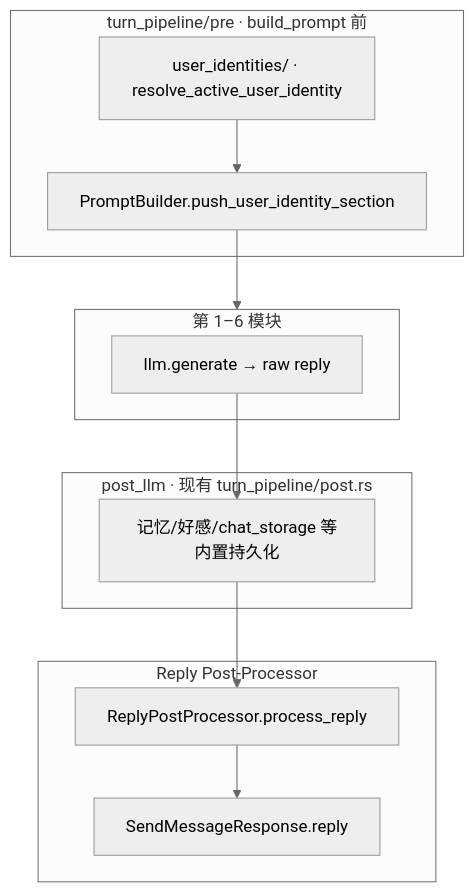
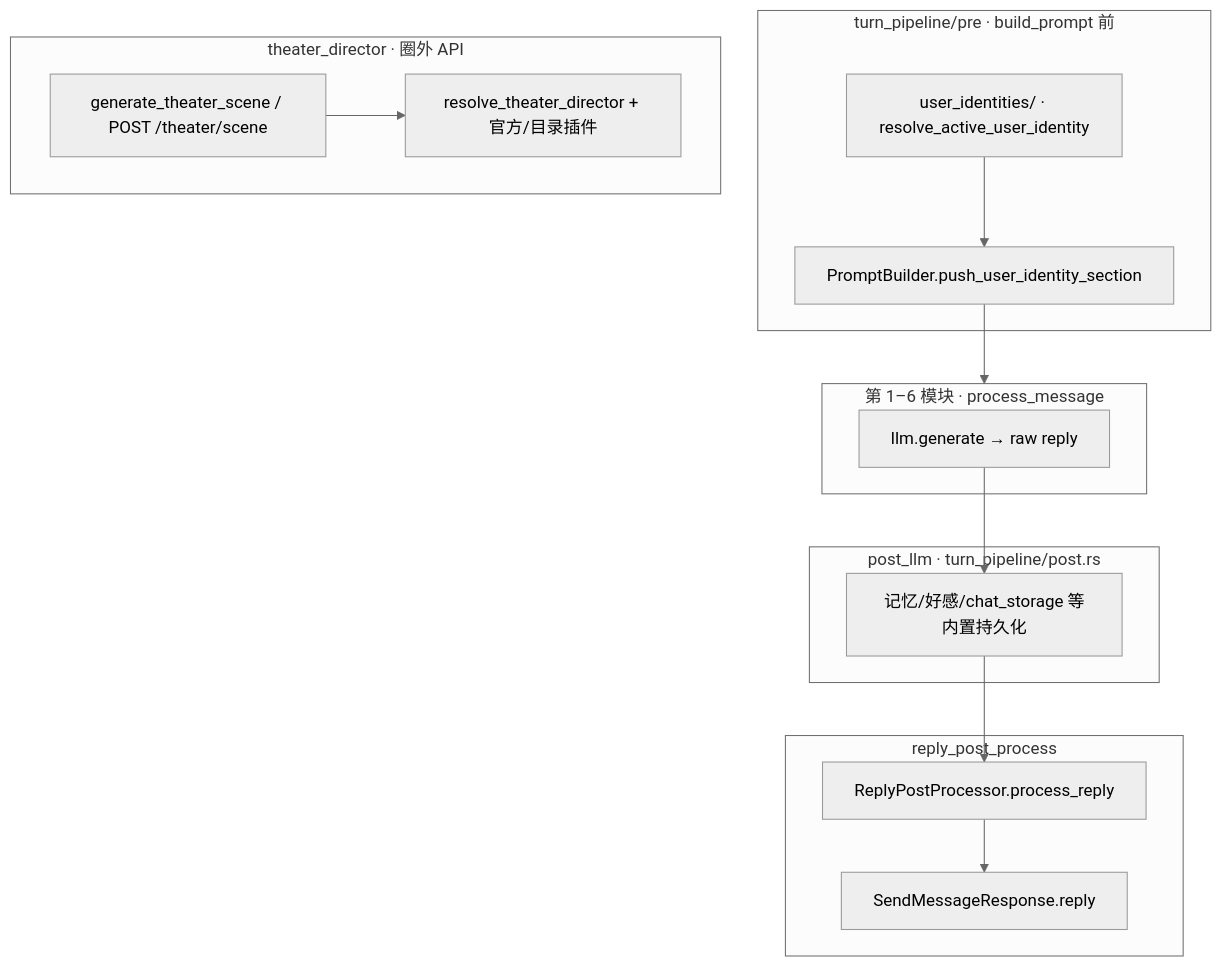
The second of 2 diagrams in creator-docs/getting-started/OCLIVE_ARCHITECTURE_OVERVIEW.md (linkaiheng2233-cyber/oclivenewnew), drawn with Mermaid (neutral theme) before and after one commit. The commit also changed other lines of this file and 166 other files, not shown here.

First line of the commit message:
feat(theater): scene director side-channel, cast UX, and team handoff docs

````diff
--- a/creator-docs/getting-started/OCLIVE_ARCHITECTURE_OVERVIEW.md
+++ b/creator-docs/getting-started/OCLIVE_ARCHITECTURE_OVERVIEW.md
@@ -242,22 +251,27 @@
 ```mermaid
 flowchart TB
   subgraph pre [turn_pipeline/pre · build_prompt 前]
     UI[user_identities/ · resolve_active_user_identity]
     PB[PromptBuilder.push_user_identity_section]
     UI --> PB
   end
-  subgraph slots [第 1–6 模块]
+  subgraph slots [第 1–6 模块 · process_message]
     LLM[llm.generate → raw reply]
   end
-  subgraph builtin_post [post_llm · 现有 turn_pipeline/post.rs]
+  subgraph builtin_post [post_llm · turn_pipeline/post.rs]
     PERSIST[记忆/好感/chat_storage 等内置持久化]
   end
-  subgraph pp [Reply Post-Processor]
+  subgraph pp [reply_post_process]
     PROC[ReplyPostProcessor.process_reply]
     OUT[SendMessageResponse.reply]
     PROC --> OUT
+  end
+  subgraph theater [theater_director · 圈外 API]
+    API[generate_theater_scene / POST /theater/scene]
+    SD[resolve_theater_director + 官方/目录插件]
+    API --> SD
   end
   PB --> slots
   LLM --> PERSIST
   PERSIST --> PROC
 ```
````
